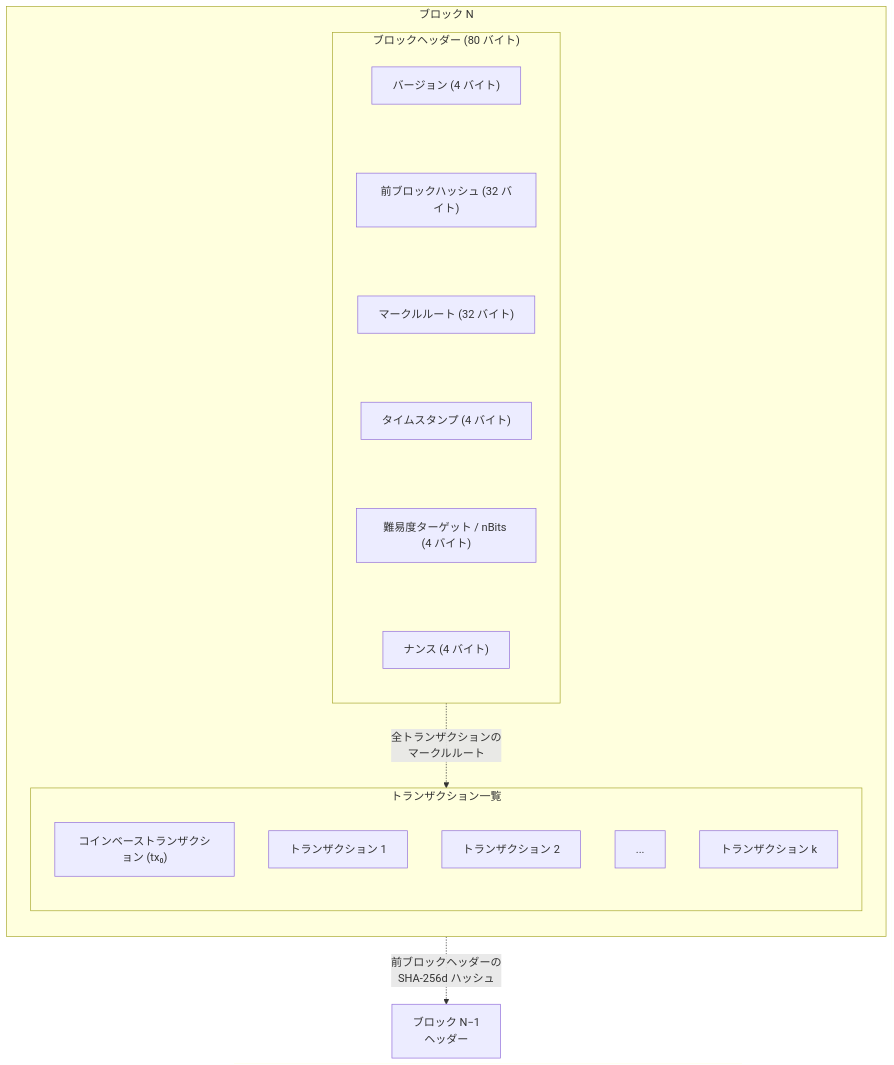
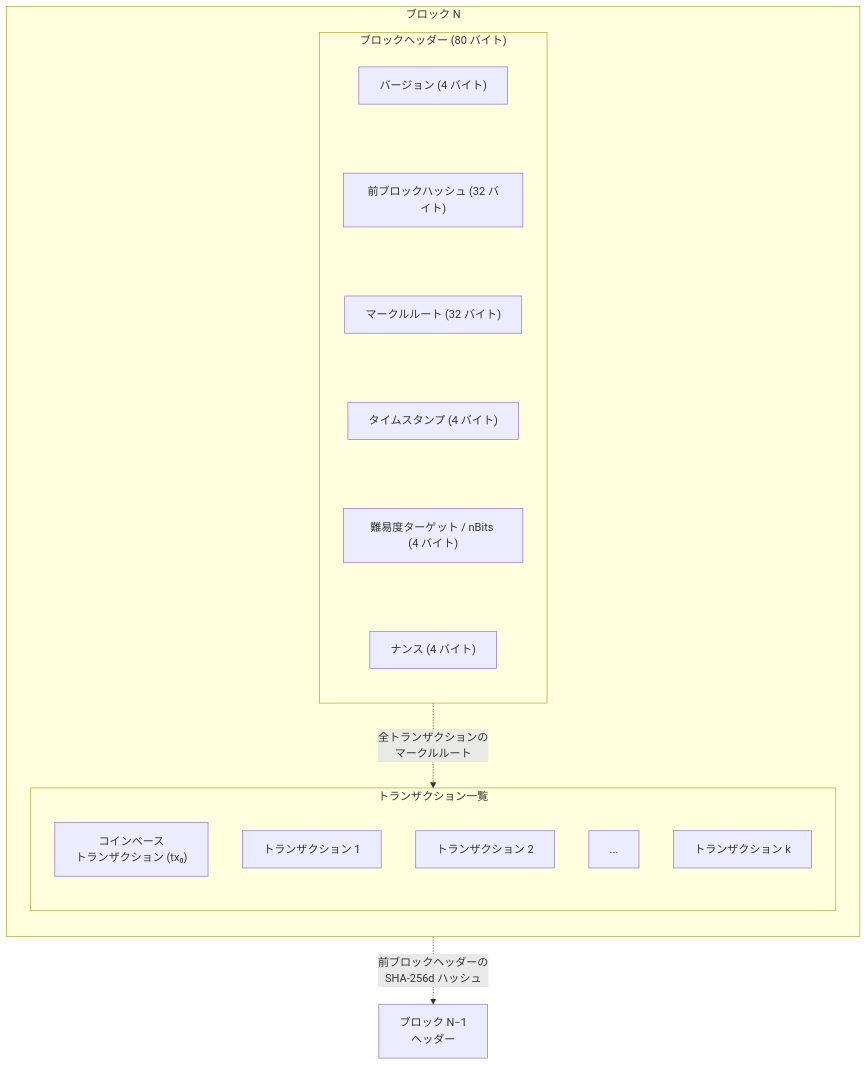
The first of 4 diagrams in src/data/translations/ja/design/2009-01-03-bitcoin-block-chain-design.md (cypher256/BitcoinArchive), drawn with Mermaid before and after one commit. The commit also changed other lines of this file and 11 other files, not shown here.

First line of the commit message:
JA Mermaid labels: wrap long CJK labels (mermaid-ja-wrap, 12 design docs)

````diff
--- a/src/data/translations/ja/design/2009-01-03-bitcoin-block-chain-design.md
+++ b/src/data/translations/ja/design/2009-01-03-bitcoin-block-chain-design.md
@@ -55,29 +55,29 @@
 ```mermaid
 flowchart TB
     subgraph BLOCK["ブロック N"]
         direction TB
         subgraph HEADER["ブロックヘッダー (80 バイト)"]
             direction TB
             VER["バージョン (4 バイト)"]
             PREV["前ブロックハッシュ (32 バイト)"]
             MERK["マークルルート (32 バイト)"]
             TIME["タイムスタンプ (4 バイト)"]
             BITS["難易度ターゲット / nBits (4 バイト)"]
             NONCE["ナンス (4 バイト)"]
         end
 
         subgraph TXLIST["トランザクション一覧"]
             direction TB
-            CB["コインベーストランザクション (tx₀)"]
+            CB["コインベース<br/>トランザクション (tx₀)"]
             TX1["トランザクション 1"]
             TX2["トランザクション 2"]
             TXN["..."]
             TXK["トランザクション k"]
         end
     end
 
-    MERK -. "全トランザクションの\nマークルルート" .-> CB
-    PREV -. "前ブロックヘッダーの\nSHA-256d ハッシュ" .-> PREVBLOCK["ブロック N−1\nヘッダー"]
+    MERK -. "全トランザクションの<br/>マークルルート" .-> CB
+    PREV -. "前ブロックヘッダーの<br/>SHA-256d ハッシュ" .-> PREVBLOCK["ブロック N−1\nヘッダー"]
 
     VER ~~~ PREV ~~~ MERK ~~~ TIME ~~~ BITS ~~~ NONCE
 ```
````
